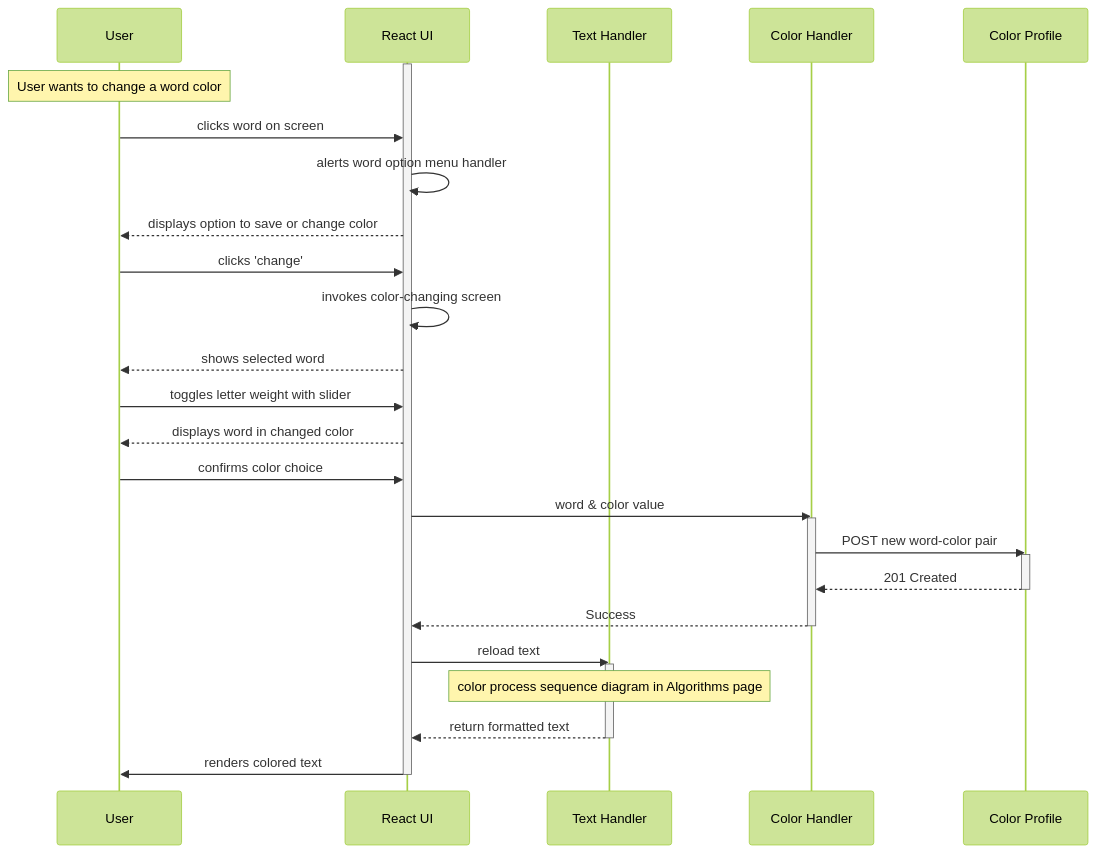
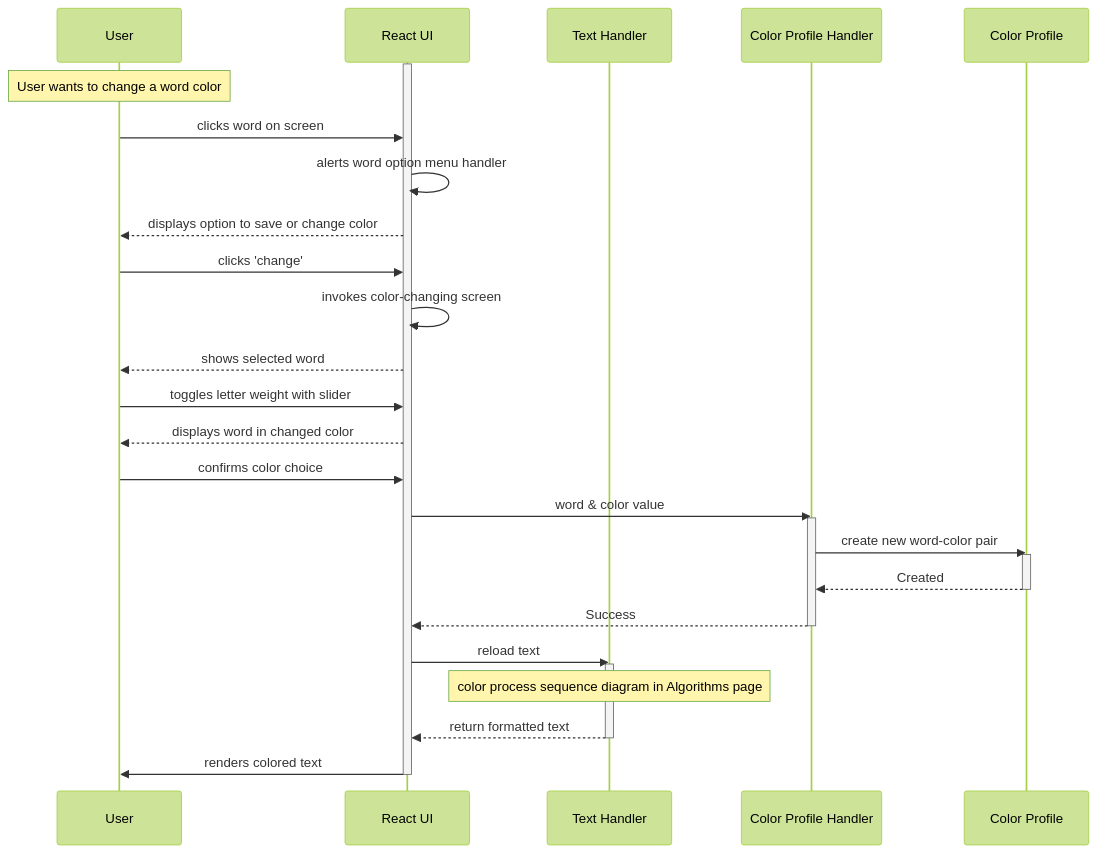
Before and after one commit to Capstone-Projects-2024-Spring/project-synesthesia-reading-app: the second of 3 diagrams in documentation/docs/requirements/use-case-descriptions.md, drawn with Mermaid (forest theme). The commit also changed other lines of this file, not shown here.

````diff
--- a/documentation/docs/requirements/use-case-descriptions.md
+++ b/documentation/docs/requirements/use-case-descriptions.md
@@ -54,47 +92,47 @@
 ```mermaid
 sequenceDiagram
     participant User 
     participant React UI
     participant Text Handler
-    participant Color Handler
+    participant Color Profile Handler
     participant Color Profile
 
 
     activate React UI
     Note over User: User wants to change a word color
     
     User->>React UI: clicks word on screen
         React UI->>React UI: alerts word option menu handler
         React UI-->>User: displays option to save or change color
 
     User->>React UI: clicks 'change'
         React UI->>React UI: invokes color-changing screen
         React UI-->>User: shows selected word
         
         User->>React UI: toggles letter weight with slider
         React UI-->>User: displays word in changed color
         
         User->>React UI: confirms color choice
-        React UI->>Color Handler: word  & color value
-        activate Color Handler
-            Color Handler->>Color Profile: POST new word-color pair
+        React UI->>Color Profile Handler: word  & color value
+        activate Color Profile Handler
+            Color Profile Handler->>Color Profile: create new word-color pair
             activate Color Profile
-            Color Profile-->>Color Handler: 201 Created
+            Color Profile-->>Color Profile Handler: Created
             deactivate Color Profile
-        Color Handler-->>React UI: Success
-        deactivate Color Handler
+        Color Profile Handler-->>React UI: Success
+        deactivate Color Profile Handler
         
         React UI->>Text Handler: reload text
         activate Text Handler
         Note over Text Handler: color process sequence diagram in Algorithms page
         Text Handler-->>React UI: return formatted text
         deactivate Text Handler
         
         
     React UI->>User: renders colored text
     
     deactivate React UI
 
         
 
 ```
````
